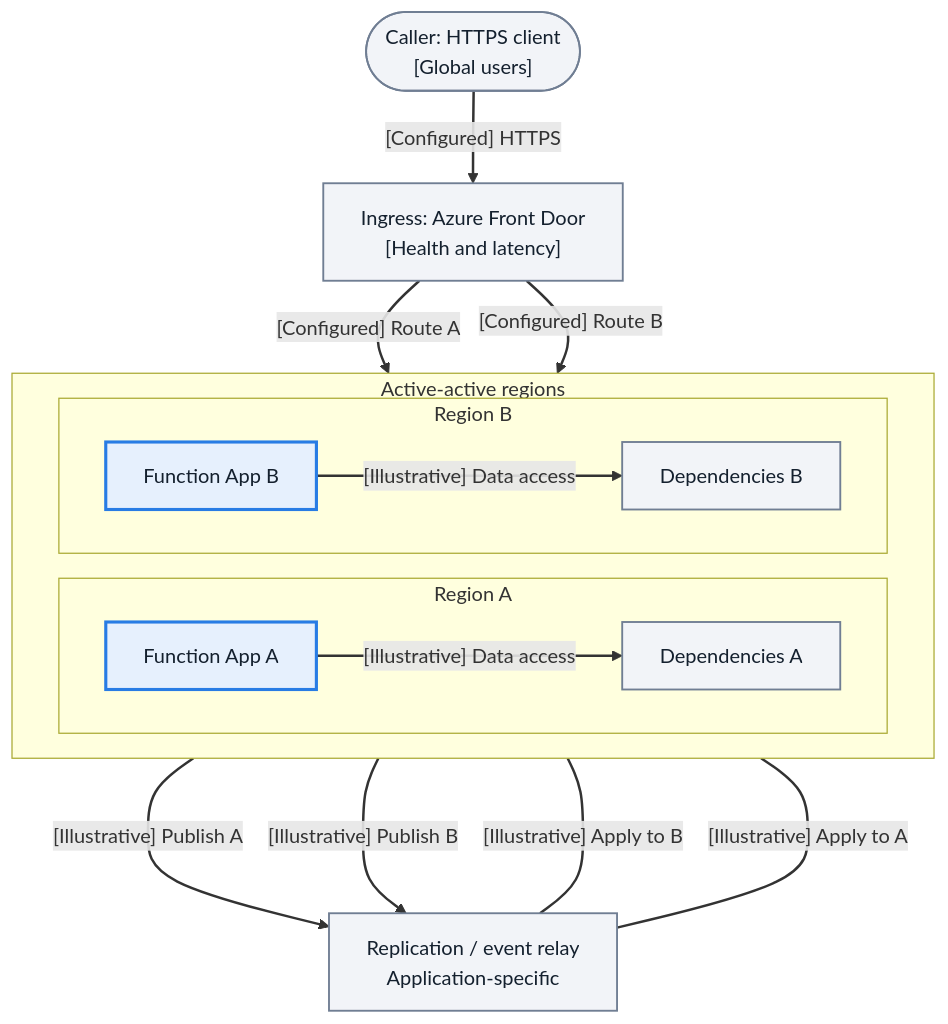
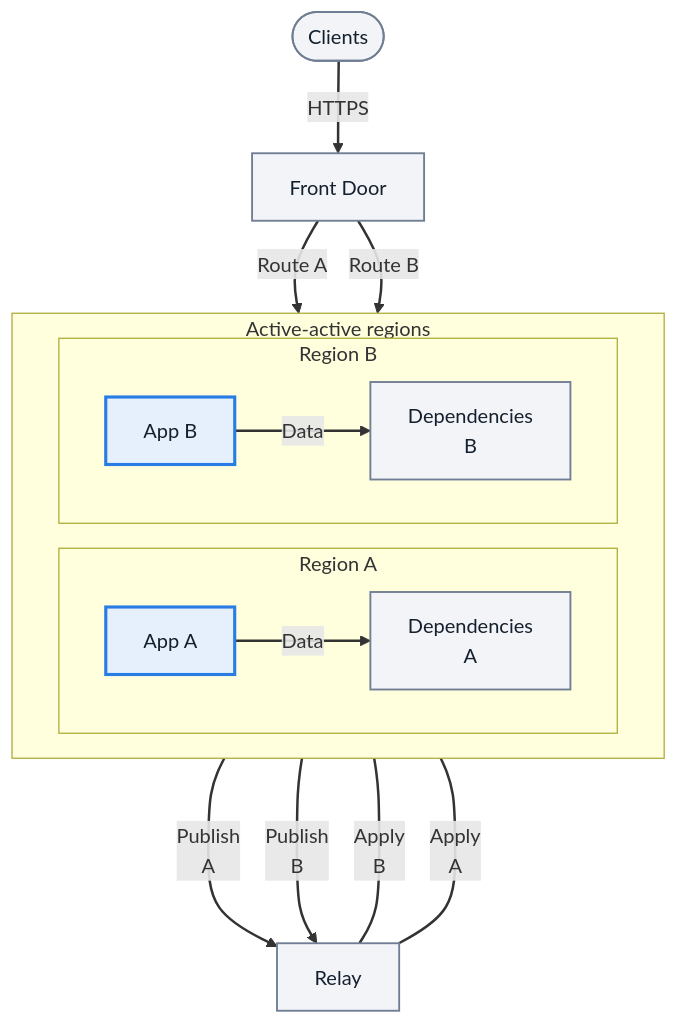
One commit to yeongseon/azure-functions-practical-guide changed the seventh of 8 diagrams in docs/platform/architecture/index.md. Above: the diagram before and after it, drawn with Mermaid. The commit also changed other lines of this file, not shown here.

First line of the commit message:
docs(diagrams): restore mobile legibility with keyed role legends

````diff
--- a/docs/platform/architecture/index.md
+++ b/docs/platform/architecture/index.md
@@ -582,34 +627,34 @@
 ```mermaid
 flowchart TD
     accTitle: How does active-active HTTP routing reach regional data?
     accDescr: Illustrative two-region Front Door pattern. HTTPS reaches either healthy regional Function App and its dependencies. Cross-region replication or event relay is application-specific, not an automatic Functions feature or a Traffic Manager proxy hop.
-    client(["Caller: HTTPS client<br/>[Global users]"])
-    ingress["Ingress: Azure Front Door<br/>[Health and latency]"]
+    client(["Clients"])
+    ingress["Front Door"]
     subgraph Regions["Active-active regions"]
         direction LR
         subgraph RegionA["Region A"]
-            app_runtime["Function App A"]
-            storage_db["Dependencies A"]
-            app_runtime -->|"[Illustrative] Data access"| storage_db
+            app_runtime["App A"]
+            storage_db["Dependencies<br/>A"]
+            app_runtime -->|"Data"| storage_db
         end
         subgraph RegionB["Region B"]
-            app_runtime_b["Function App B"]
-            storage_db_b["Dependencies B"]
-            app_runtime_b -->|"[Illustrative] Data access"| storage_db_b
+            app_runtime_b["App B"]
+            storage_db_b["Dependencies<br/>B"]
+            app_runtime_b -->|"Data"| storage_db_b
         end
     end
-    relay["Replication / event relay<br/>Application-specific"]
-    client -->|"[Configured] HTTPS"| ingress
-    ingress -->|"[Configured] Route A"| app_runtime
-    ingress -->|"[Configured] Route B"| app_runtime_b
-    storage_db -->|"[Illustrative] Publish A"| relay
-    storage_db_b -->|"[Illustrative] Publish B"| relay
+    relay["Relay"]
+    client -->|"HTTPS"| ingress
+    ingress -->|"Route A"| app_runtime
+    ingress -->|"Route B"| app_runtime_b
+    storage_db -->|"Publish<br/>A"| relay
+    storage_db_b -->|"Publish<br/>B"| relay
     %% Start arrowheads preserve relay-to-dependency direction without reversing tiers.
-    storage_db_b <---|"[Illustrative] Apply to B"| relay
-    storage_db <---|"[Illustrative] Apply to A"| relay
+    storage_db_b <---|"Apply<br/>B"| relay
+    storage_db <---|"Apply<br/>A"| relay
     classDef baseNeutral fill:#f2f4f8,stroke:#707e93,stroke-width:1.5px,color:#14202e;
     classDef focusActive fill:#e6f0fd,stroke:#287ce4,stroke-width:2.5px,color:#14202e;
     class client,ingress,storage_db,storage_db_b,relay baseNeutral;
     class app_runtime,app_runtime_b focusActive;
     linkStyle default stroke-width:2px;
 ```
````
